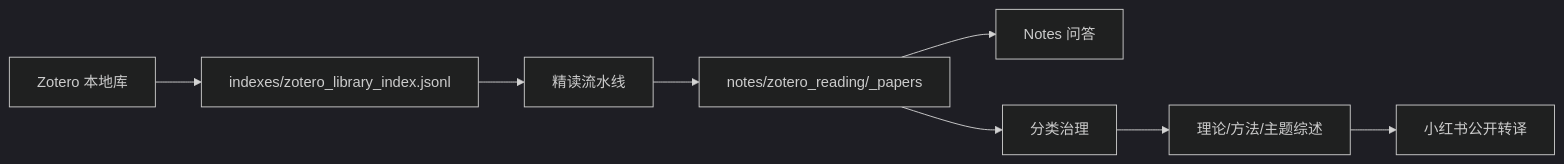
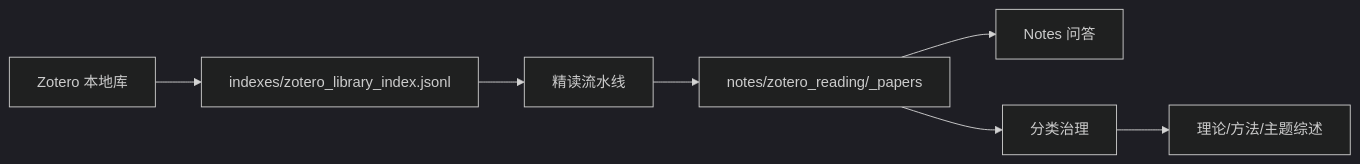
The diagram in docs/architecture.md (YYCCCHAOOO/MindCite), drawn with Mermaid (dark theme) before and after one commit. The commit also changed other lines of this file and 46 other files, not shown here.

````diff
--- a/docs/architecture.md
+++ b/docs/architecture.md
@@ -7,10 +7,9 @@
 ```mermaid
 flowchart LR
   Zotero["Zotero 本地库"] --> Index["indexes/zotero_library_index.jsonl"]
   Index --> Reading["精读流水线"]
   Reading --> Notes["notes/zotero_reading/_papers"]
   Notes --> QA["Notes 问答"]
   Notes --> Governance["分类治理"]
   Governance --> Synthesis["理论/方法/主题综述"]
-  Synthesis --> XHS["小红书公开转译"]
 ```
````
